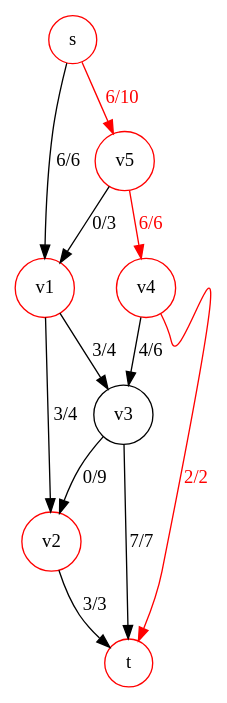
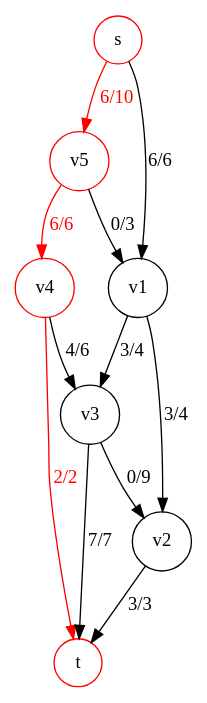
Before and after one commit to adamMcneil/cs5200-homework-4: the diagram in questiontwostepfour.dot, drawn with Graphviz. The commit also changed 14 other files, not shown here.

```diff
--- a/questiontwostepfour.dot
+++ b/questiontwostepfour.dot
@@ -1,23 +1,19 @@
 digraph questiontwostepfour {
 node [shape=circle]
-s[color=red]
-v1[color=red]
-v2[color=red]
-t[color=red]
 subgraph path {
 node [color=red]
 edge [color=red, fontcolor=red]
 s -> v5 [label="6/10"]
 v5 -> v4 [label="6/6"]
 v4 -> t [label="2/2"]
 }
 
 s -> v1 [label="6/6"]
 v1 -> v2 [label="3/4"]
 v1 -> v3 [label="3/4"]
 v2 -> t [label="3/3"]
 v3 -> t [label="7/7"]
 v3 -> v2 [label="0/9"]
 v4 -> v3 [label="4/6"]
 v5 -> v1 [label="0/3"]
 }
```
